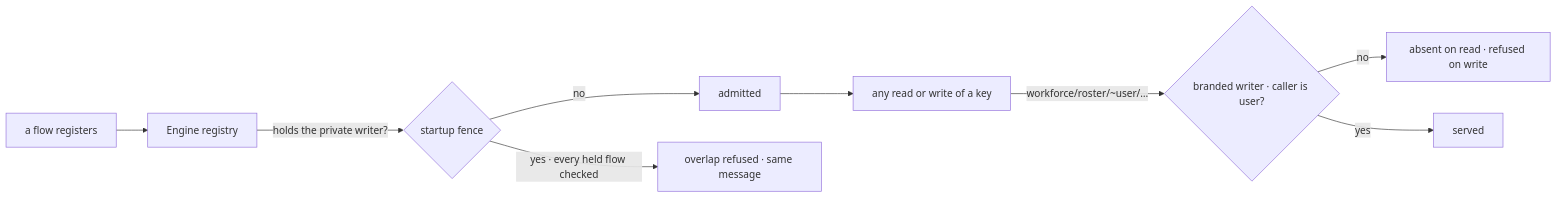
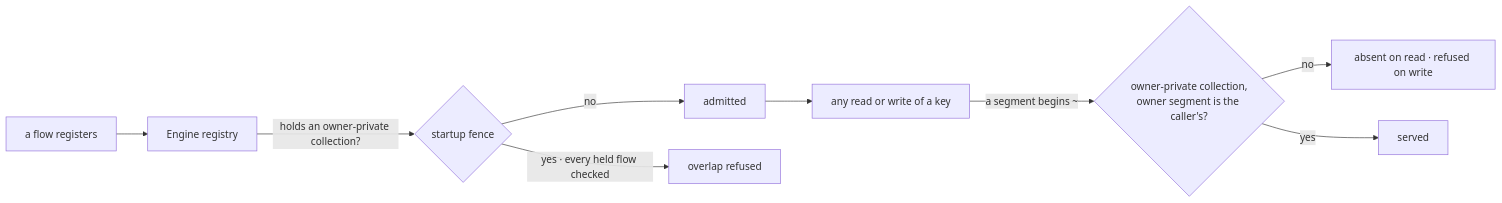
The diagram in specs/issues/FIX-1549/SPEC.md (fixpoint-labs/flow-state-dev), drawn with Mermaid before and after one commit. The commit also changed other lines of this file and 6 other files, not shown here.

First line of the commit message:
spec(FIX-1549): amend: lift Workforce vocabulary out of Engine via an owner-private collection primitive

````diff
--- a/specs/issues/FIX-1549/SPEC.md
+++ b/specs/issues/FIX-1549/SPEC.md
@@ -38,11 +60,11 @@
 ```mermaid
 flowchart LR
   F["a flow registers"] --> R["Engine registry"]
-  R -->|"holds the private writer?"| A{"startup fence"}
+  R -->|"holds an owner-private collection?"| A{"startup fence"}
   A -->|"no"| OK["admitted"]
-  A -->|"yes · every held flow checked"| X["overlap refused · same message"]
+  A -->|"yes · every held flow checked"| X["overlap refused"]
   OK --> K["any read or write of a key"]
-  K -->|"workforce/roster/~user/…"| W{"branded writer · caller is user?"}
+  K -->|"a segment begins ~"| W{"owner-private collection,<br/>owner segment is the caller's?"}
   W -->|"no"| H["absent on read · refused on write"]
   W -->|"yes"| Y["served"]
 ```
````
